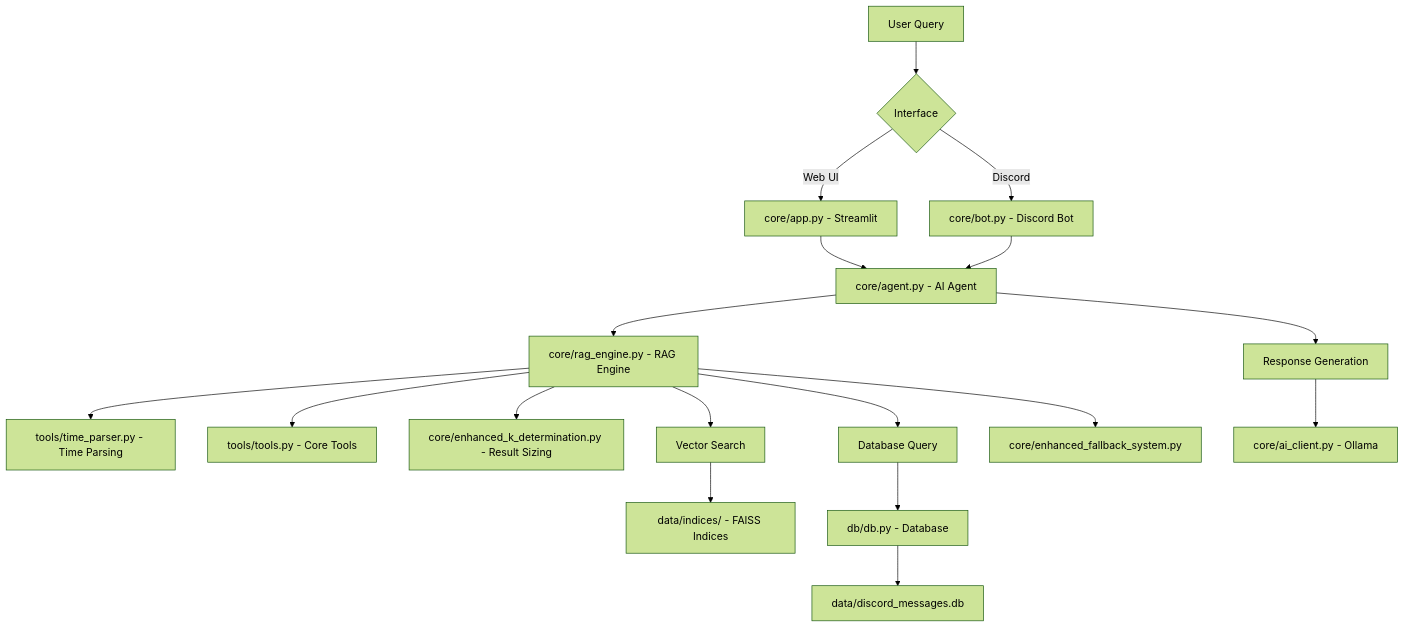
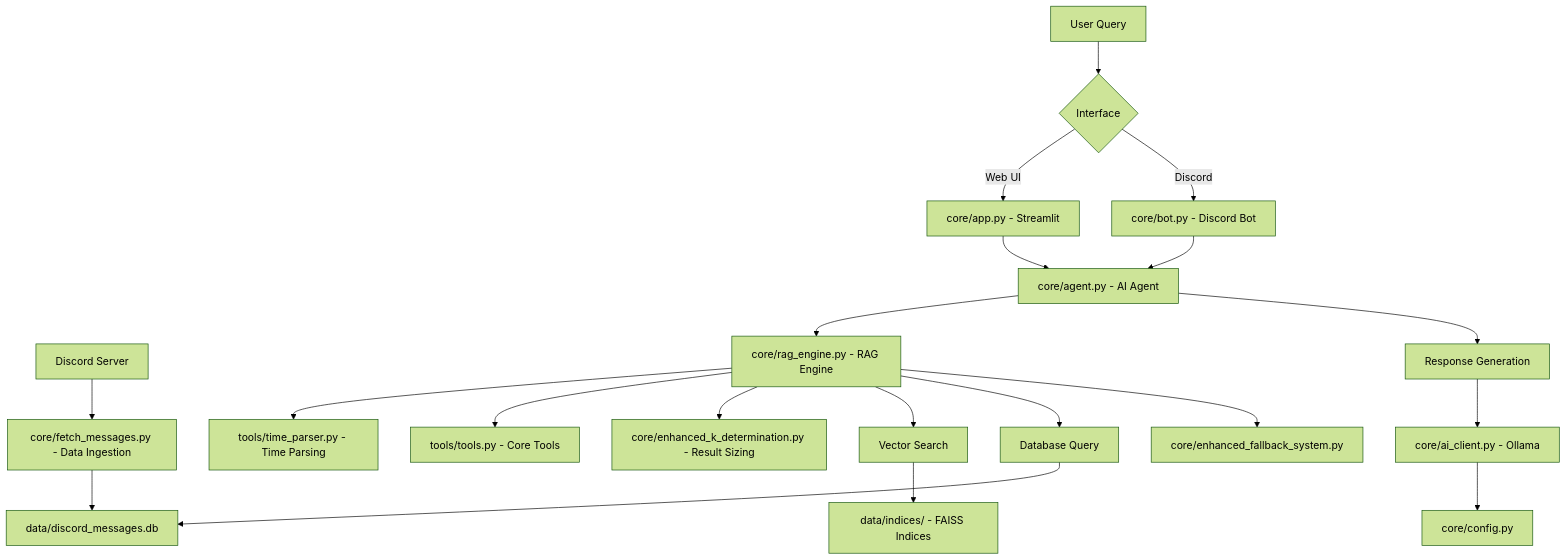
The first of 4 diagrams in docs/SYSTEM_ARCHITECTURE_MAP.md (jcordovilla/pepe), drawn with Mermaid (forest theme) before and after one commit. The commit also changed other lines of this file and 2 other files, not shown here.

First line of the commit message:
🔧 CORRECTED: Complete codebase analysis with accurate dependencies

````diff
--- a/docs/SYSTEM_ARCHITECTURE_MAP.md
+++ b/docs/SYSTEM_ARCHITECTURE_MAP.md
@@ -5,26 +5,33 @@
 ```mermaid
 graph TD
-    A[User Query] --> B{Interface}
-    B -->|Web UI| C[core/app.py - Streamlit]
-    B -->|Discord| D[core/bot.py - Discord Bot]
+    %% Data Ingestion (CORRECTED)
+    A[Discord Server] --> Z[core/fetch_messages.py - Data Ingestion]
+    Z --> N[data/discord_messages.db]
     
-    C --> E[core/agent.py - AI Agent]
-    D --> E
+    %% User Interfaces
+    B[User Query] --> C{Interface}
+    C -->|Web UI| D[core/app.py - Streamlit]
+    C -->|Discord| E[core/bot.py - Discord Bot]
     
-    E --> F[core/rag_engine.py - RAG Engine]
-    F --> G[tools/time_parser.py - Time Parsing]
-    F --> H[tools/tools.py - Core Tools]
-    F --> I[core/enhanced_k_determination.py - Result Sizing]
+    %% Core Processing
+    D --> F[core/agent.py - AI Agent]
+    E --> F
     
-    F --> J[Vector Search]
-    J --> K[data/indices/ - FAISS Indices]
+    F --> G[core/rag_engine.py - RAG Engine]
+    G --> H[tools/time_parser.py - Time Parsing]
+    G --> I[tools/tools.py - Core Tools]
+    G --> J[core/enhanced_k_determination.py - Result Sizing]
     
-    F --> L[Database Query]
-    L --> M[db/db.py - Database]
-    M --> N[data/discord_messages.db]
+    %% Data Sources
+    G --> K[Vector Search]
+    K --> L[data/indices/ - FAISS Indices]
     
-    F --> O[core/enhanced_fallback_system.py]
+    G --> M[Database Query]
+    M --> N
     
-    E --> P[Response Generation]
+    G --> O[core/enhanced_fallback_system.py]
+    
+    F --> P[Response Generation]
     P --> Q[core/ai_client.py - Ollama]
+    Q --> R[core/config.py]
 ```
````
